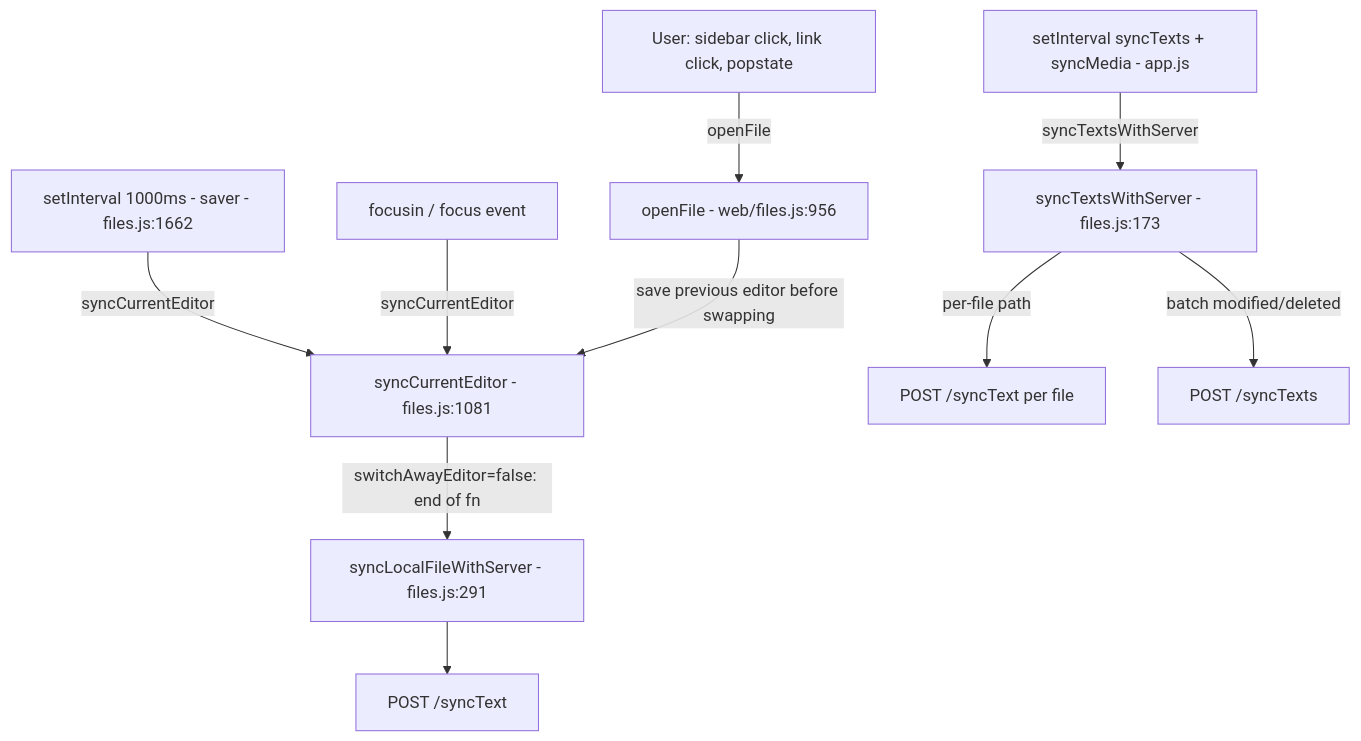
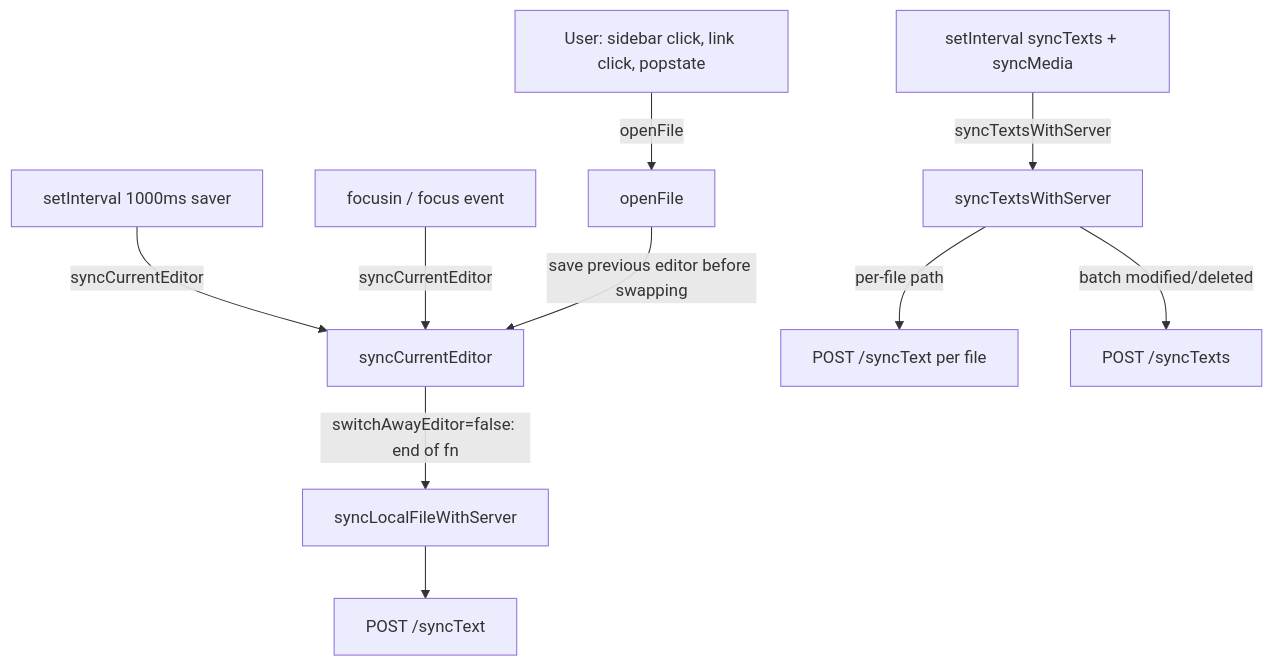
Before and after one commit to rayyume/files.md: the first of 3 diagrams in docs/sync-flow.md, drawn with Mermaid. The commit also changed 2 other files, not shown here.

````diff
--- a/docs/sync-flow.md
+++ b/docs/sync-flow.md
@@ -7,14 +7,14 @@
 ```mermaid
 flowchart TD
-    U[User: sidebar click, link click, popstate] -->|openFile| OF[openFile - web/files.js:956]
-    Timer1[setInterval 1000ms - saver - files.js:1662] -->|syncCurrentEditor| SCE[syncCurrentEditor - files.js:1081]
+    U[User: sidebar click, link click, popstate] -->|openFile| OF[openFile]
+    Timer1[setInterval 1000ms saver] -->|syncCurrentEditor| SCE[syncCurrentEditor]
     Focus[focusin / focus event] -->|syncCurrentEditor| SCE
-    Timer2[setInterval syncTexts + syncMedia - app.js] -->|syncTextsWithServer| STS[syncTextsWithServer - files.js:173]
+    Timer2[setInterval syncTexts + syncMedia] -->|syncTextsWithServer| STS[syncTextsWithServer]
 
     OF -->|save previous editor before swapping| SCE
-    SCE -->|switchAwayEditor=false: end of fn| SLF[syncLocalFileWithServer - files.js:291]
+    SCE -->|switchAwayEditor=false: end of fn| SLF[syncLocalFileWithServer]
     STS -->|per-file path| POST1[POST /syncText per file]
     SLF --> POST2[POST /syncText]
 
     STS -->|batch modified/deleted| POST3[POST /syncTexts]
 ```
````
